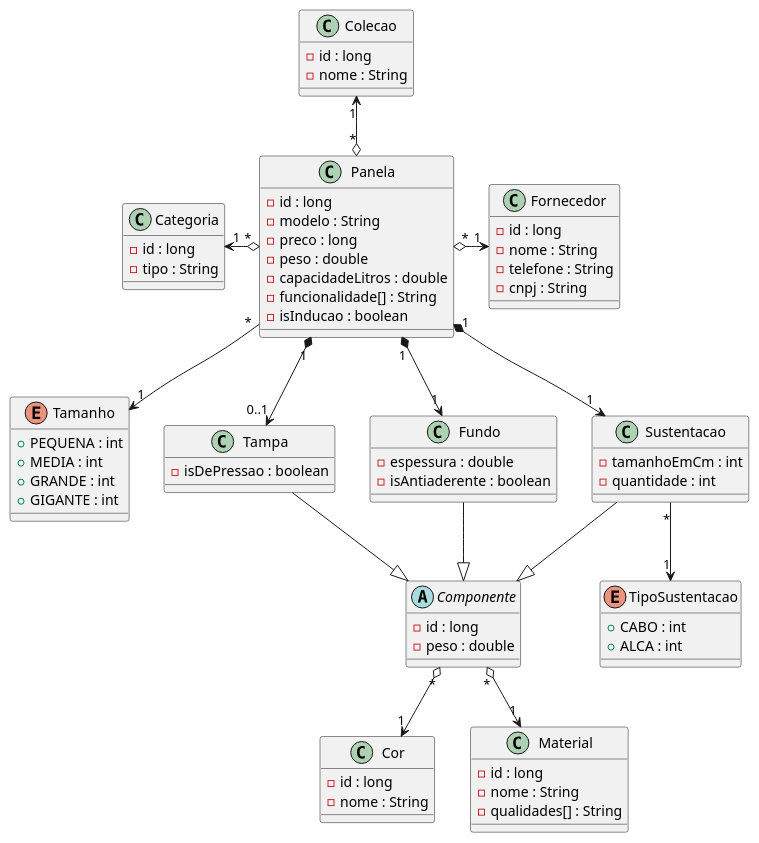
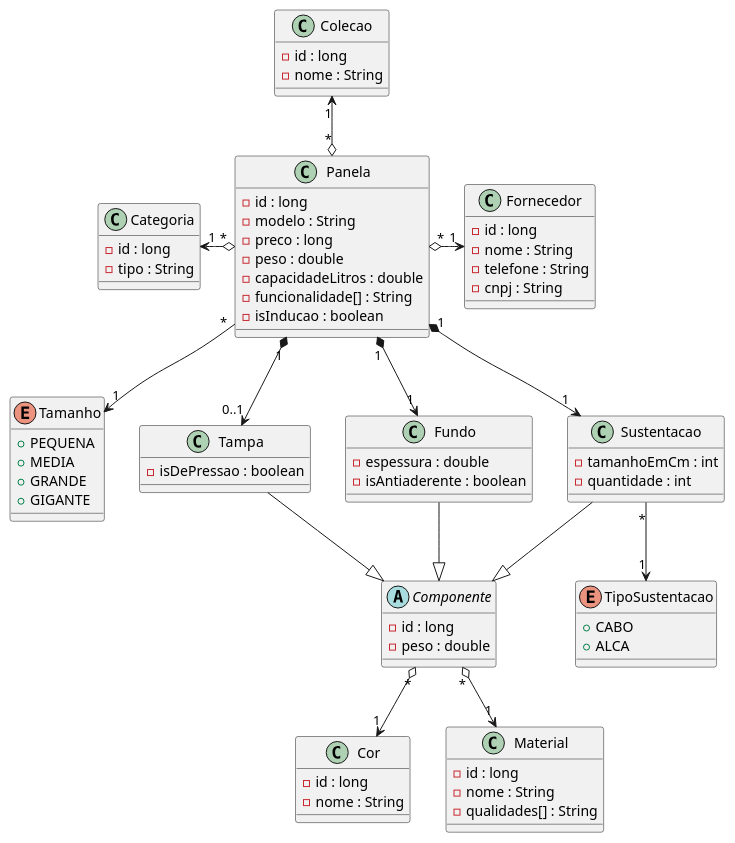
Before and after one commit to UniLeandroTR/Ecommerce_de_Panelas: the diagram in panelas.plantuml, drawn with PlantUML.

Commit message:
Removed : int from Enums

```diff
--- a/panelas.plantuml
+++ b/panelas.plantuml
@@ -1,83 +1,83 @@
 @startuml
 class Panela{
 - id : long
 - modelo : String
 - preco : long
 - peso : double
 - capacidadeLitros : double
 - funcionalidade[] : String
 - isInducao : boolean
 }
 
 class Colecao{
 - id : long
 - nome : String
 }
 
 class Categoria{
 - id : long
 - tipo : String
 }
 
 class Cor{
 - id : long
 - nome : String
 }
 
 abstract Componente{
 - id : long
 - peso : double
 }
 
 enum Tamanho{
-+ PEQUENA : int
-+ MEDIA : int
-+ GRANDE : int
-+ GIGANTE : int
++ PEQUENA
++ MEDIA
++ GRANDE
++ GIGANTE
 }
 
 enum TipoSustentacao{
-+ CABO : int
-+ ALCA : int
++ CABO
++ ALCA
 }
 class Fornecedor{
 - id : long
 - nome : String
 - telefone : String
 - cnpj : String
 }
 
 class Material{
 - id : long
 - nome : String
 - qualidades[] : String
 }
 
 class Tampa{
 - isDePressao : boolean
 }
 
 class Fundo{
 - espessura : double
 - isAntiaderente : boolean
 }
 
 class Sustentacao{
 - tamanhoEmCm : int
 - quantidade : int
 }
 
 Panela "*" o-up-> "1" Colecao
 Panela "1" *--> "1" Fundo
 Panela "1" *--> "1" Sustentacao
 Panela "1" *--> "0..1" Tampa
 Panela "*" o-right-> "1" Fornecedor
 Panela "*" --> "1" Tamanho
 Panela "*" o-left-> "1" Categoria
 Fundo --|>  Componente
 Tampa --|>  Componente
 Sustentacao --|> Componente
 Sustentacao "*" --> "1" TipoSustentacao
 Componente "*" o--> "1" Material
 Componente "*" o--> "1" Cor
 @enduml
```
